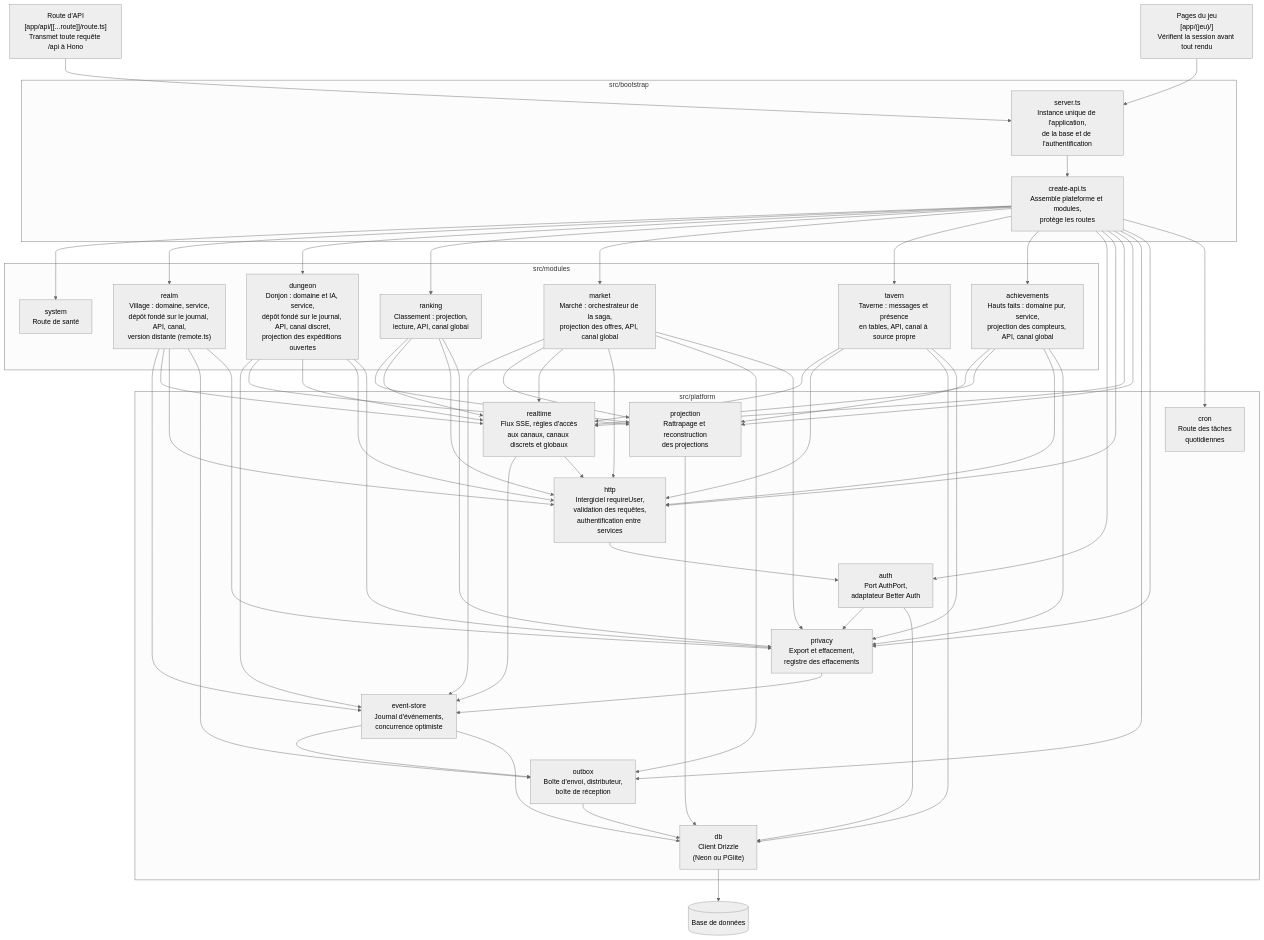
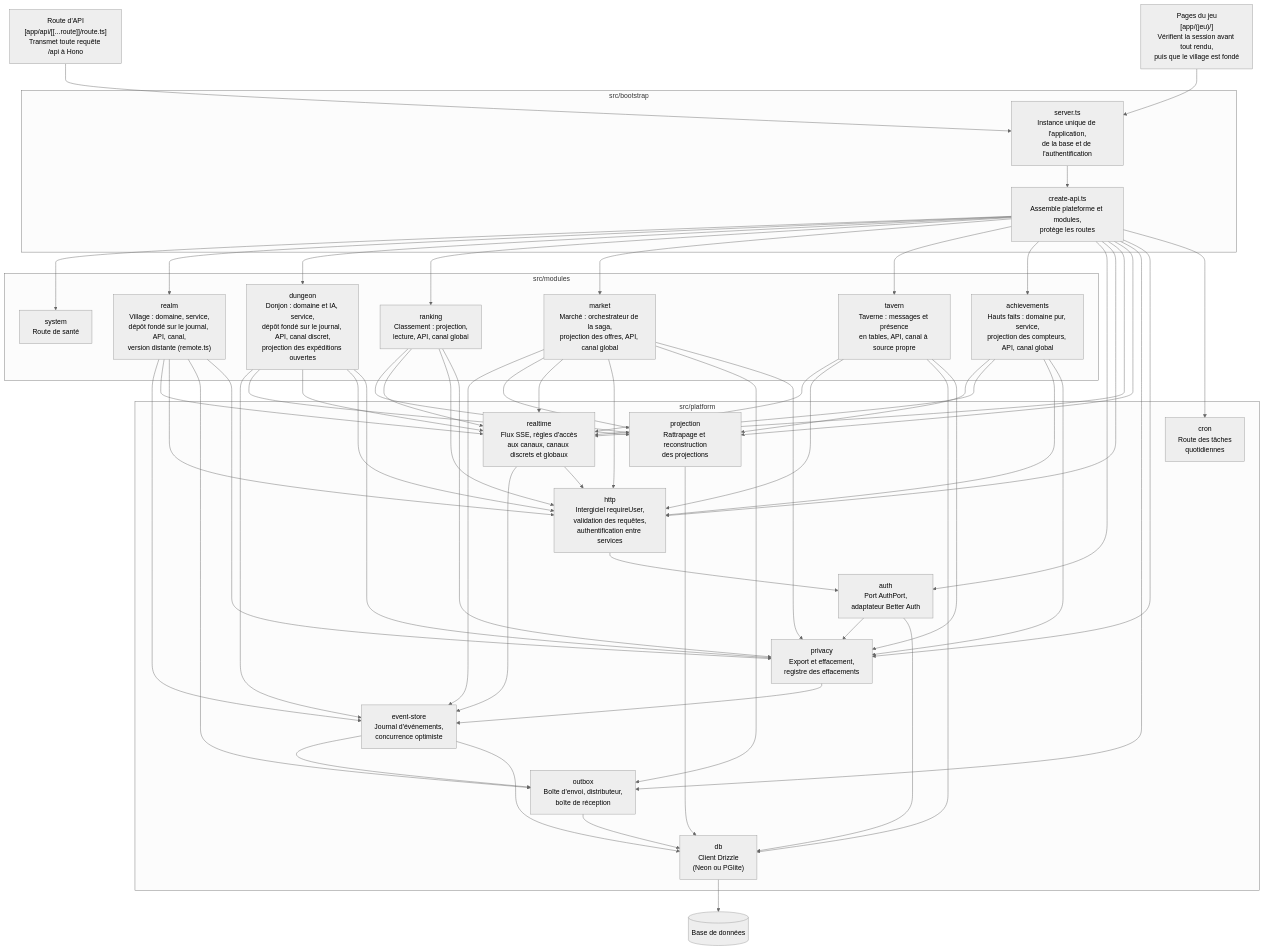
One commit to David-Hoang/royaumes changed the third of 6 diagrams in docs/architecture.md. Above: the diagram before and after it, drawn with Mermaid (neutral theme). The commit also changed 5 other files, not shown here.

````diff
--- a/docs/architecture.md
+++ b/docs/architecture.md
@@ -55,51 +55,51 @@
 ```mermaid
 flowchart TB
   route["Route d'API<br/>[app/api/[[...route]]/route.ts]<br/>Transmet toute requête /api à Hono"]
-  pages["Pages du jeu<br/>[app/(jeu)/]<br/>Vérifient la session avant tout rendu"]
+  pages["Pages du jeu<br/>[app/(jeu)/]<br/>Vérifient la session avant tout rendu,<br/>puis que le village est fondé"]
   subgraph bootstrap["src/bootstrap"]
     server["server.ts<br/>Instance unique de l'application,<br/>de la base et de l'authentification"]
     createapi["create-api.ts<br/>Assemble plateforme et modules,<br/>protège les routes"]
   end
   subgraph modules["src/modules"]
     system["system<br/>Route de santé"]
     realm["realm<br/>Village : domaine, service,<br/>dépôt fondé sur le journal, API, canal,<br/>version distante (remote.ts)"]
     dungeon["dungeon<br/>Donjon : domaine et IA, service,<br/>dépôt fondé sur le journal, API, canal discret,<br/>projection des expéditions ouvertes"]
     ranking["ranking<br/>Classement : projection,<br/>lecture, API, canal global"]
     market["market<br/>Marché : orchestrateur de la saga,<br/>projection des offres, API, canal global"]
     tavern["tavern<br/>Taverne : messages et présence<br/>en tables, API, canal à source propre"]
     achievements["achievements<br/>Hauts faits : domaine pur, service,<br/>projection des compteurs, API, canal global"]
   end
   subgraph platform["src/platform"]
     auth["auth<br/>Port AuthPort,<br/>adaptateur Better Auth"]
     http["http<br/>Intergiciel requireUser,<br/>validation des requêtes,<br/>authentification entre services"]
     realtime["realtime<br/>Flux SSE, règles d'accès<br/>aux canaux, canaux discrets et globaux"]
     store["event-store<br/>Journal d'événements,<br/>concurrence optimiste"]
     projection["projection<br/>Rattrapage et reconstruction<br/>des projections"]
     outbox["outbox<br/>Boîte d'envoi, distributeur,<br/>boîte de réception"]
     privacy["privacy<br/>Export et effacement,<br/>registre des effacements"]
     cron["cron<br/>Route des tâches<br/>quotidiennes"]
     db["db<br/>Client Drizzle<br/>(Neon ou PGlite)"]
   end
   base[("Base de données")]
   route --> server
   pages --> server
   server --> createapi
   createapi --> system & realm & dungeon & ranking & market & tavern & achievements & auth & http & realtime & projection & outbox & privacy & cron
   realm --> store & realtime & http & outbox
   market --> store & projection & realtime & http & outbox
   dungeon --> store & projection & realtime & http
   ranking --> projection & realtime & http
   achievements --> projection & realtime & http
   tavern --> realtime & http & db
   realm & dungeon & market & ranking & tavern & achievements --> privacy
   privacy --> store
   auth --> privacy
   realtime --> store & http
   projection --> db
   store --> outbox
   outbox --> db
   http --> auth
   auth --> db
   store --> db
   db --> base
 ```
````
